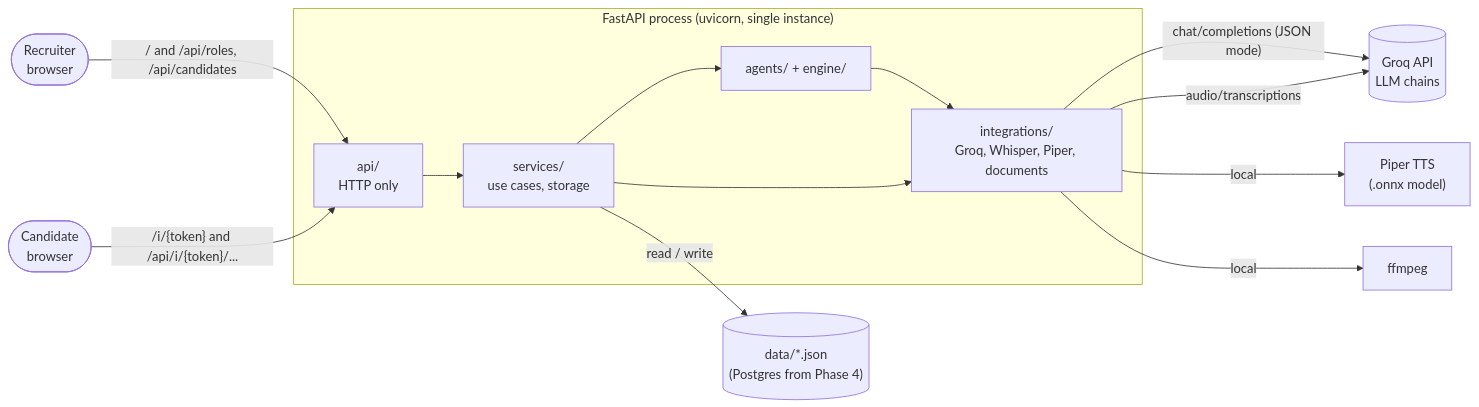
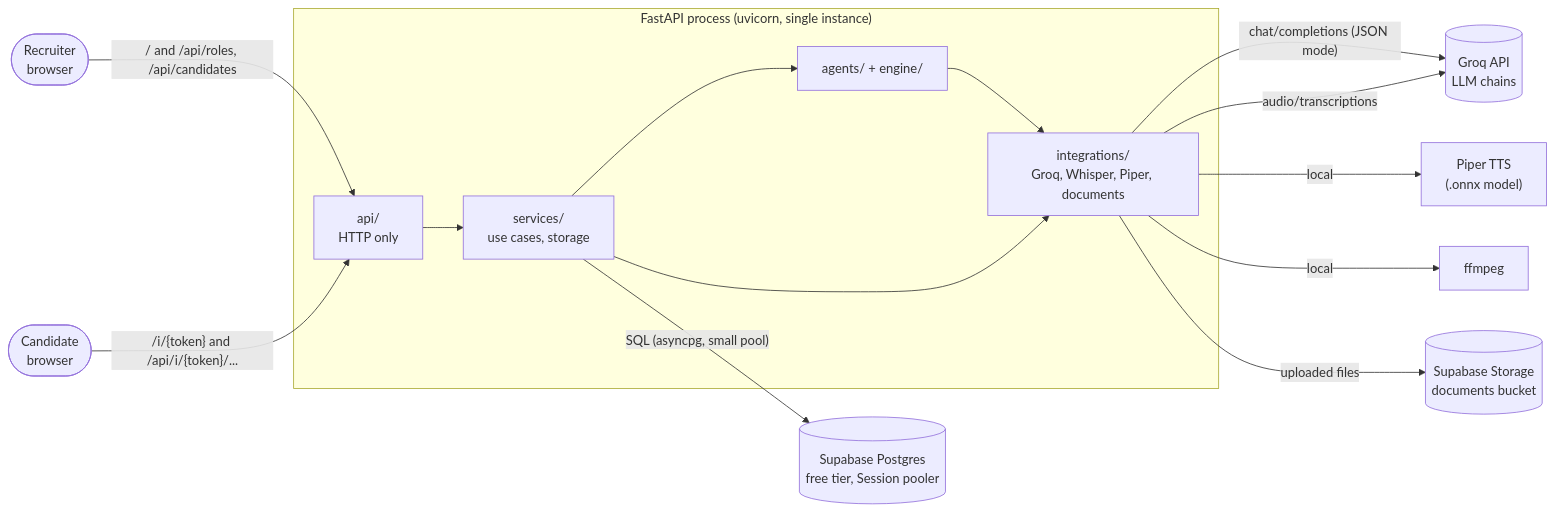
The first of 8 diagrams in docs/system-design.md (CodebyKumar/tryout), drawn with Mermaid before and after one commit. The commit also changed other lines of this file and 30 other files, not shown here.

````diff
--- a/docs/system-design.md
+++ b/docs/system-design.md
@@ -16,20 +16,21 @@
 ```mermaid
 flowchart LR
     REC(["Recruiter<br/>browser"]) -- "/ and /api/roles, /api/candidates" --> API
     CAN(["Candidate<br/>browser"]) -- "/i/{token} and /api/i/{token}/..." --> API
 
     subgraph Server["FastAPI process (uvicorn, single instance)"]
         API["api/<br/>HTTP only"]
         SVC["services/<br/>use cases, storage"]
         CORE["agents/ + engine/"]
         INT["integrations/<br/>Groq, Whisper, Piper, documents"]
         API --> SVC --> CORE --> INT
         SVC --> INT
     end
 
     INT -- "chat/completions (JSON mode)" --> GROQ[("Groq API<br/>LLM chains")]
     INT -- "audio/transcriptions" --> GROQ
     INT -- "local" --> PIPER["Piper TTS<br/>(.onnx model)"]
     INT -- "local" --> FFMPEG["ffmpeg"]
-    SVC -- "read / write" --> DISK[("data/*.json<br/>(Postgres from Phase 4)")]
+    SVC -- "SQL (asyncpg, small pool)" --> PG[("Supabase Postgres<br/>free tier, Session pooler")]
+    INT -- "uploaded files" --> STORE[("Supabase Storage<br/>documents bucket")]
 ```
````
